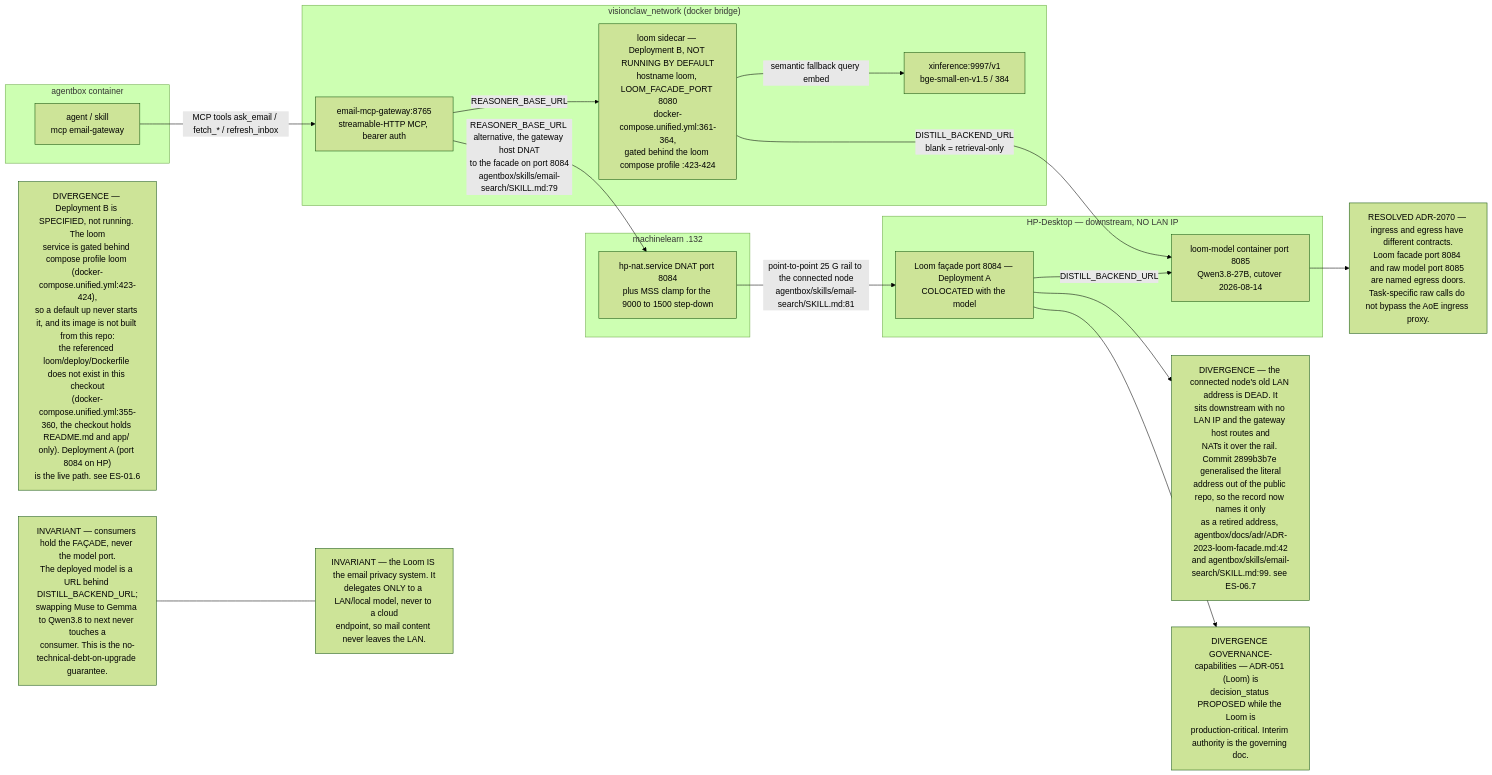
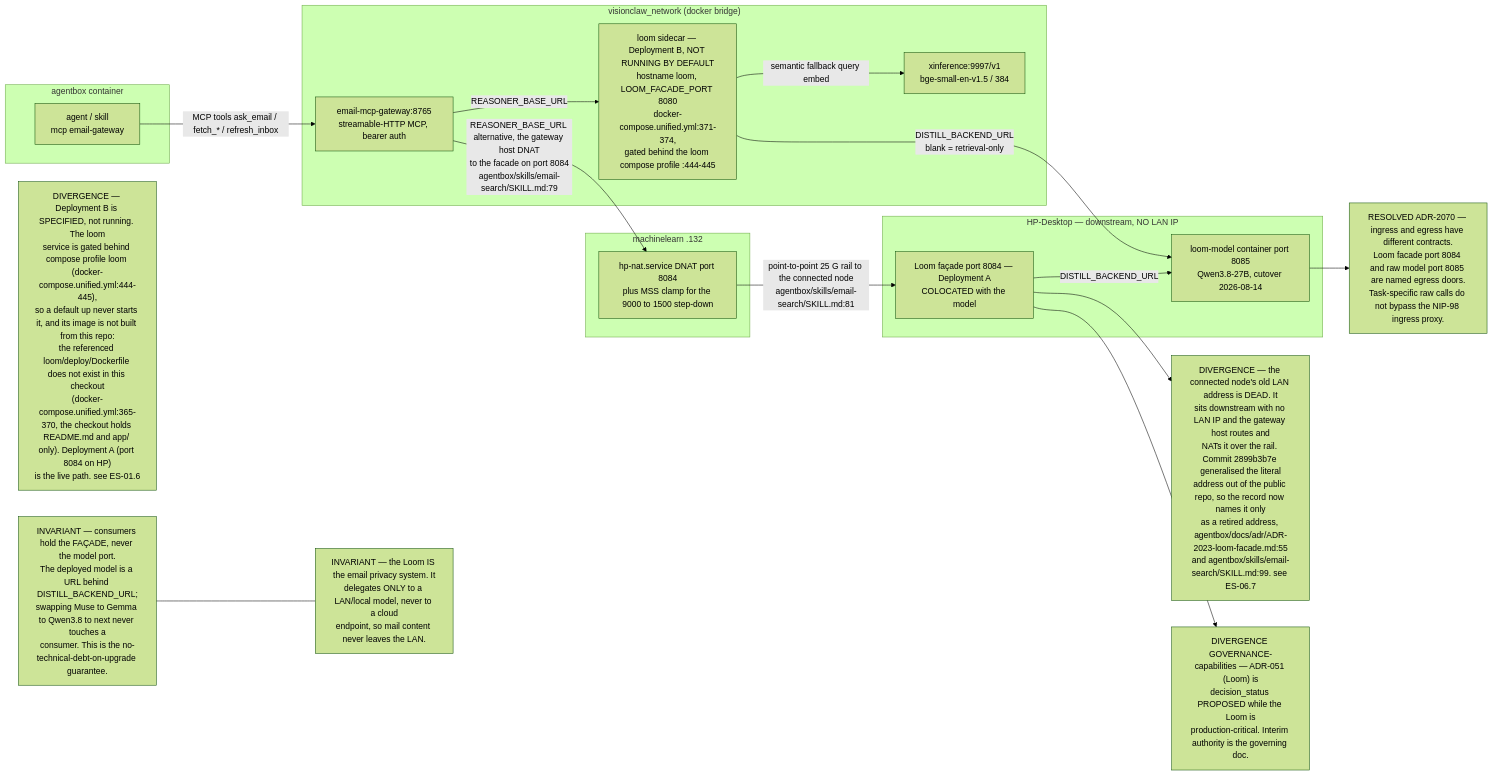
One commit to DreamLab-AI/VisionFlow changed the first of 11 diagrams in docs/diagrams/estate/06-loom-and-email-privacy-path.md. Above: the diagram before and after it, drawn with Mermaid (forest theme). The commit also changed other lines of this file and 145 other files, not shown here.

````diff
--- a/docs/diagrams/estate/06-loom-and-email-privacy-path.md
+++ b/docs/diagrams/estate/06-loom-and-email-privacy-path.md
@@ -34,38 +35,38 @@
 ```mermaid
 flowchart LR
     subgraph box["agentbox container"]
         AG["agent / skill<br/>mcp email-gateway"]
     end
     subgraph vcnet["visionclaw_network (docker bridge)"]
         GW["email-mcp-gateway:8765<br/>streamable-HTTP MCP, bearer auth"]
-        LOOMB["loom sidecar — Deployment B, NOT RUNNING BY DEFAULT<br/>hostname loom, LOOM_FACADE_PORT 8080<br/>docker-compose.unified.yml:361-364,<br/>gated behind the loom compose profile :423-424"]
+        LOOMB["loom sidecar — Deployment B, NOT RUNNING BY DEFAULT<br/>hostname loom, LOOM_FACADE_PORT 8080<br/>docker-compose.unified.yml:371-374,<br/>gated behind the loom compose profile :444-445"]
         XI["xinference:9997/v1<br/>bge-small-en-v1.5 / 384"]
     end
     subgraph ml["machinelearn .132"]
         DNAT["hp-nat.service DNAT port 8084<br/>plus MSS clamp for the 9000 to 1500 step-down"]
     end
     subgraph hp["HP-Desktop — downstream, NO LAN IP"]
         LOOMA["Loom façade port 8084 — Deployment A<br/>COLOCATED with the model"]
         MODEL["loom-model container port 8085<br/>Qwen3.8-27B, cutover 2026-08-14"]
     end
 
     AG -- "MCP tools ask_email / fetch_* / refresh_inbox" --> GW
     GW -- "REASONER_BASE_URL" --> LOOMB
     GW -- "REASONER_BASE_URL alternative, the gateway host DNAT<br/>to the facade on port 8084<br/>agentbox/skills/email-search/SKILL.md:79" --> DNAT
     DNAT -- "point-to-point 25 G rail to the connected node<br/>agentbox/skills/email-search/SKILL.md:81" --> LOOMA
     LOOMA -- "DISTILL_BACKEND_URL" --> MODEL
     LOOMB -- "DISTILL_BACKEND_URL<br/>blank = retrieval-only" --> MODEL
     LOOMB -- "semantic fallback query embed" --> XI
 
     INV1["INVARIANT — consumers hold the FAÇADE, never the model port.<br/>The deployed model is a URL behind DISTILL_BACKEND_URL;<br/>swapping Muse to Gemma to Qwen3.8 to next never touches a<br/>consumer. This is the no-technical-debt-on-upgrade guarantee."]
     INV2["INVARIANT — the Loom IS the email privacy system. It<br/>delegates ONLY to a LAN/local model, never to a cloud<br/>endpoint, so mail content never leaves the LAN."]
-    DIV0["DIVERGENCE — Deployment B is SPECIFIED, not running. The loom<br/>service is gated behind compose profile loom (docker-compose.unified.yml:423-424),<br/>so a default up never starts it, and its image is not built from this repo:<br/>the referenced loom/deploy/Dockerfile does not exist in this checkout<br/>(docker-compose.unified.yml:355-360, the checkout holds README.md and app/ only). Deployment A (port 8084 on HP)<br/>is the live path. see ES-01.6"]
-    DIV1["DIVERGENCE — the connected node's old LAN address is DEAD. It<br/>sits downstream with no LAN IP and the gateway host routes and<br/>NATs it over the rail. Commit 2899b3b7e generalised the literal<br/>address out of the public repo, so the record now names it only<br/>as a retired address, agentbox/docs/adr/ADR-2023-loom-facade.md:42<br/>and agentbox/skills/email-search/SKILL.md:99. see ES-06.7"]
+    DIV0["DIVERGENCE — Deployment B is SPECIFIED, not running. The loom<br/>service is gated behind compose profile loom (docker-compose.unified.yml:444-445),<br/>so a default up never starts it, and its image is not built from this repo:<br/>the referenced loom/deploy/Dockerfile does not exist in this checkout<br/>(docker-compose.unified.yml:365-370, the checkout holds README.md and app/ only). Deployment A (port 8084 on HP)<br/>is the live path. see ES-01.6"]
+    DIV1["DIVERGENCE — the connected node's old LAN address is DEAD. It<br/>sits downstream with no LAN IP and the gateway host routes and<br/>NATs it over the rail. Commit 2899b3b7e generalised the literal<br/>address out of the public repo, so the record now names it only<br/>as a retired address, agentbox/docs/adr/ADR-2023-loom-facade.md:55<br/>and agentbox/skills/email-search/SKILL.md:99. see ES-06.7"]
     DIV2["DIVERGENCE GOVERNANCE-capabilities — ADR-051 (Loom) is<br/>decision_status PROPOSED while the Loom is<br/>production-critical. Interim authority is the governing doc."]
-    DIV3["RESOLVED ADR-2070 — ingress and egress have different contracts.<br/>Loom facade port 8084 and raw model port 8085 are named egress doors.<br/>Task-specific raw calls do not bypass the AoE ingress proxy."]
+    DIV3["RESOLVED ADR-2070 — ingress and egress have different contracts.<br/>Loom facade port 8084 and raw model port 8085 are named egress doors.<br/>Task-specific raw calls do not bypass the NIP-98 ingress proxy."]
 
     INV1 --- INV2
     LOOMA --> DIV1
     LOOMA --> DIV2
     MODEL --> DIV3
 ```
````
